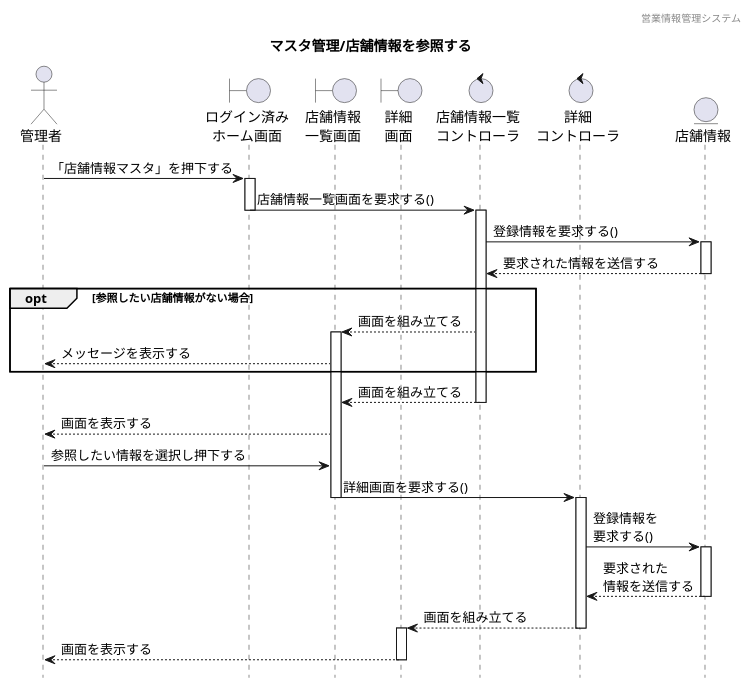
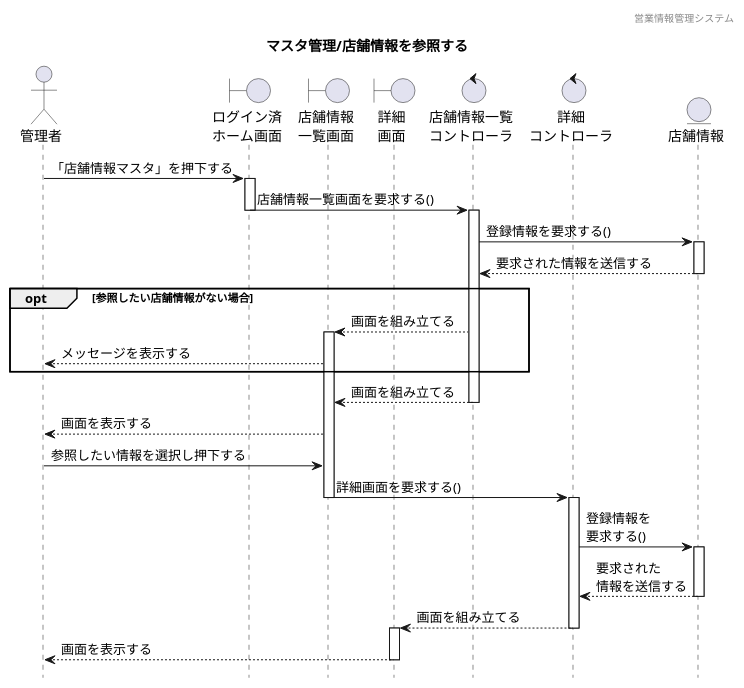
The diagram in 各種設計書/4シーケンス図/マスタ管理/2.店舗情報マスタ/店舗情報管理_参照.plantuml (HaruShim/Sotuken), drawn with PlantUML before and after one commit. The commit also changed 3 other files, not shown here.

```diff
--- a/各種設計書/4シーケンス図/マスタ管理/2.店舗情報マスタ/店舗情報管理_参照.plantuml
+++ b/各種設計書/4シーケンス図/マスタ管理/2.店舗情報マスタ/店舗情報管理_参照.plantuml
@@ -1,63 +1,63 @@
 @startuml ../../images/店舗情報マスタ/店舗情報管理_参照
 
 ' 下アイコン除去
 hide footbox
 ' ヘッダー
 header 営業情報管理システム
 ' タイトル
 title マスタ管理/店舗情報を参照する
 
 
 ' actor "" as 
 actor "管理者" as a1
 
 ' boundary "" as 
-boundary "ログイン済み\nホーム画面" as b1
+boundary "ログイン済\nホーム画面" as b1
 boundary "店舗情報\n一覧画面" as b2
 boundary "詳細\n画面" as b3
 
 ' control "" as 
 control "店舗情報一覧\nコントローラ" as c1
 control "詳細\nコントローラ" as c2
 
 ' entity "" as
 entity "店舗情報" as e1
 
 
 ' ログイン済みホーム画面から一覧表示までのシーケンス
 a1 -> b1 : 「店舗情報マスタ」を押下する
 activate b1
 b1 -> c1 : 店舗情報一覧画面を要求する()
 deactivate b1
 activate c1
 c1 -> e1 : 登録情報を要求する()
 activate e1
 c1 <-- e1 : 要求された情報を送信する
 deactivate e1
 
 ' 代替フロー
 opt 参照したい店舗情報がない場合
 b2 <-- c1 : 画面を組み立てる
 activate b2
 a1 <-- b2 : メッセージを表示する
 end
 
 b2 <-- c1 : 画面を組み立てる
 deactivate c1
 
 a1 <-- b2 : 画面を表示する
 a1 -> b2 : 参照したい情報を選択し押下する
 b2 -> c2 : 詳細画面を要求する()
 deactivate b2
 activate c2
 c2 -> e1 : 登録情報を\n要求する()
 activate e1
 c2 <-- e1 : 要求された\n情報を送信する
 deactivate e1
 b3 <-- c2 : 画面を組み立てる
 deactivate c2
 activate b3
 a1 <-- b3 : 画面を表示する
 deactivate b3
 
 @enduml
```
